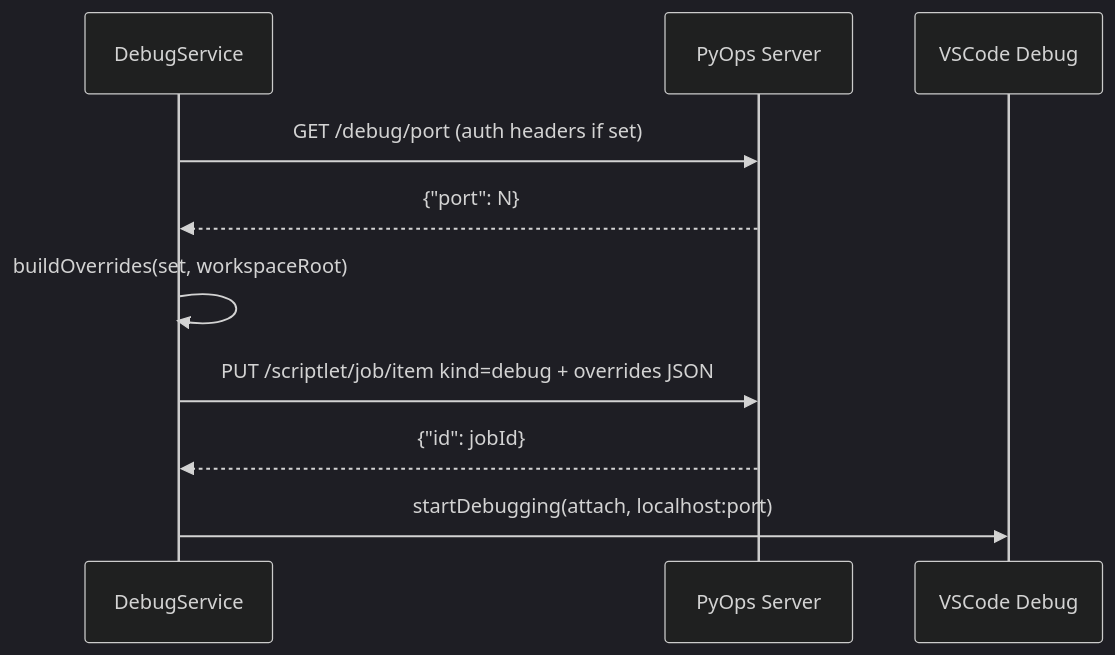
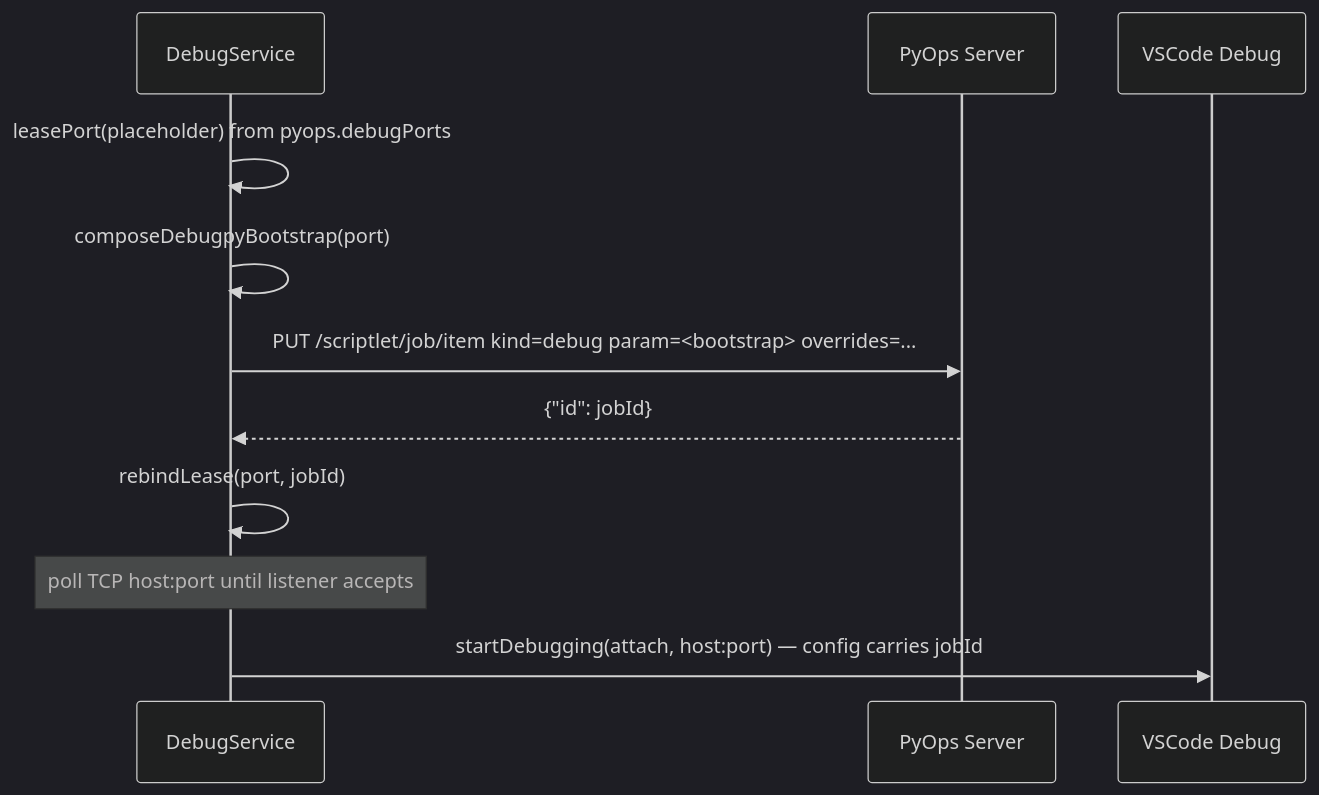
Before and after one commit to pyops-project/pyops: the second of 2 diagrams in docs/insights_vsix.md, drawn with Mermaid (dark theme). The commit also changed other lines of this file and 64 other files, not shown here.

````diff
--- a/docs/insights_vsix.md
+++ b/docs/insights_vsix.md
@@ -203,13 +207,14 @@
 ```mermaid
 sequenceDiagram
     participant VSIX as DebugService
     participant Server as PyOps Server
     participant VSCode as VSCode Debug
 
-    VSIX->>Server: GET /debug/port (auth headers if set)
-    Server-->>VSIX: {"port": N}
-    VSIX->>VSIX: buildOverrides(set, workspaceRoot)
-    VSIX->>Server: PUT /scriptlet/job/item kind=debug + overrides JSON
+    VSIX->>VSIX: leasePort(placeholder) from pyops.debugPorts
+    VSIX->>VSIX: composeDebugpyBootstrap(port)
+    VSIX->>Server: PUT /scriptlet/job/item kind=debug param=<bootstrap> overrides=...
     Server-->>VSIX: {"id": jobId}
-    VSIX->>VSCode: startDebugging(attach, localhost:port)
+    VSIX->>VSIX: rebindLease(port, jobId)
+    Note over VSIX: poll TCP host:port until listener accepts
+    VSIX->>VSCode: startDebugging(attach, host:port) — config carries jobId
 ```
````
